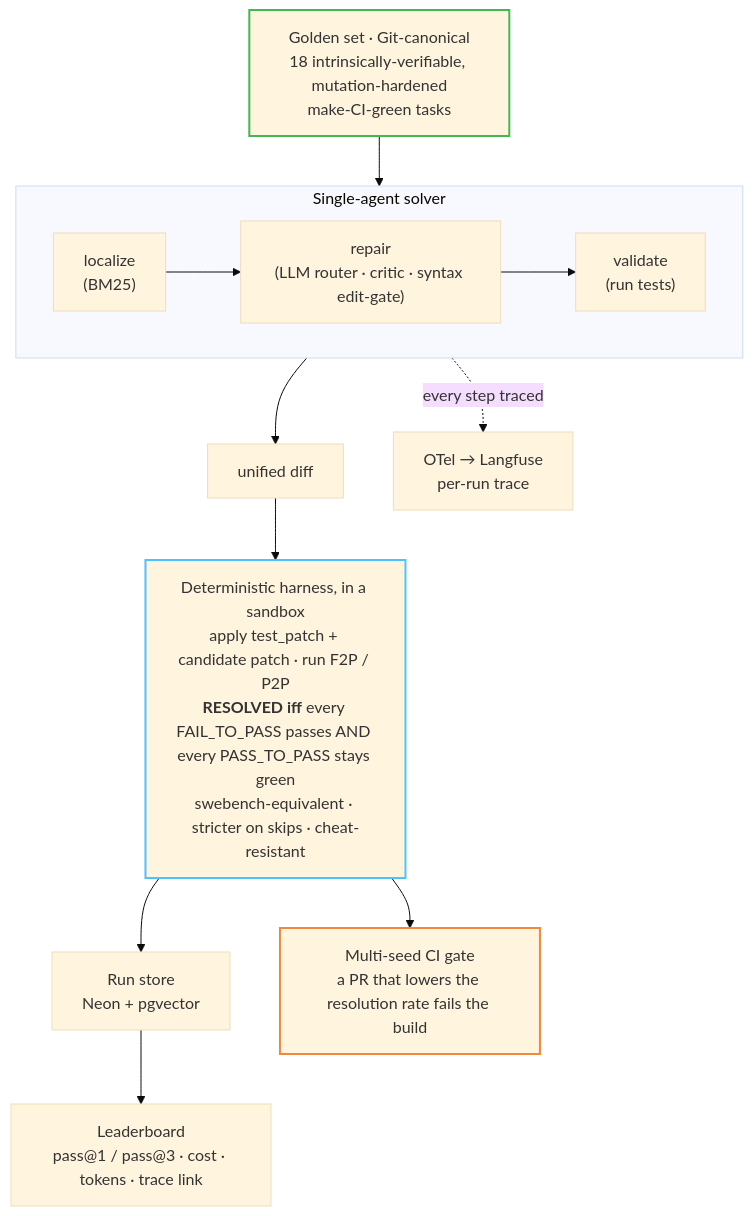
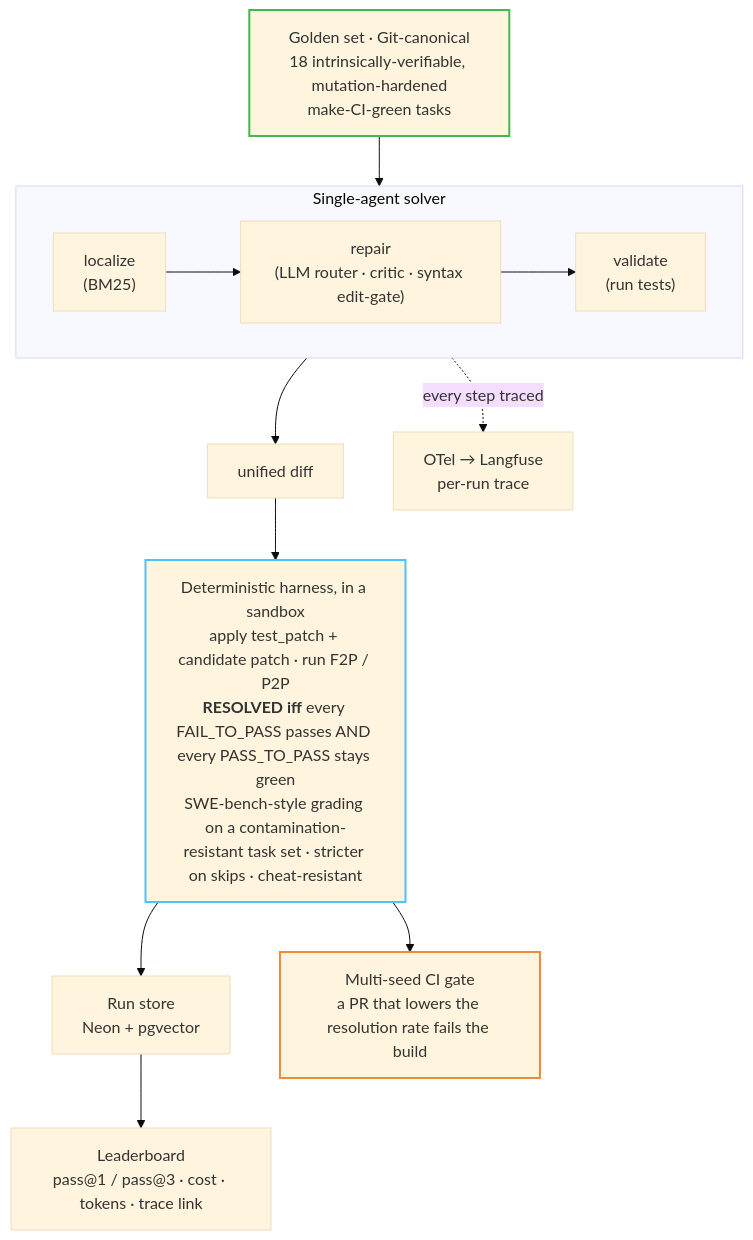
The first of 2 diagrams in README.md (ahmedEid1/forgejudge), drawn with Mermaid (base theme) before and after one commit. The commit also changed other lines of this file and 5 other files, not shown here.

````diff
--- a/README.md
+++ b/README.md
@@ -38,23 +38,23 @@
 ```mermaid
 flowchart TD
     G["Golden set · Git-canonical<br/>18 intrinsically-verifiable, mutation-hardened<br/>make-CI-green tasks"]
 
     subgraph SOLVER["Single-agent solver"]
         direction LR
         L["localize<br/>(BM25)"] --> R["repair<br/>(LLM router · critic · syntax edit-gate)"] --> V["validate<br/>(run tests)"]
     end
 
     G --> SOLVER
     SOLVER --> PATCH["unified diff"]
     SOLVER -. "every step traced" .-> TRACE["OTel → Langfuse<br/>per-run trace"]
 
-    PATCH --> H["Deterministic harness, in a sandbox<br/>apply test_patch + candidate patch · run F2P / P2P<br/><b>RESOLVED iff</b> every FAIL_TO_PASS passes AND every PASS_TO_PASS stays green<br/>swebench-equivalent · stricter on skips · cheat-resistant"]
+    PATCH --> H["Deterministic harness, in a sandbox<br/>apply test_patch + candidate patch · run F2P / P2P<br/><b>RESOLVED iff</b> every FAIL_TO_PASS passes AND every PASS_TO_PASS stays green<br/>SWE-bench-style grading on a contamination-resistant task set · stricter on skips · cheat-resistant"]
 
     H --> STORE["Run store<br/>Neon + pgvector"]
     STORE --> LB["Leaderboard<br/>pass@1 / pass@3 · cost · tokens · trace link"]
     H --> GATE["Multi-seed CI gate<br/>a PR that lowers the resolution rate fails the build"]
 
     style G stroke:#3fb950,stroke-width:2px
     style H stroke:#4cc2ff,stroke-width:2px
     style GATE stroke:#f0883e,stroke-width:2px
 ```
````
